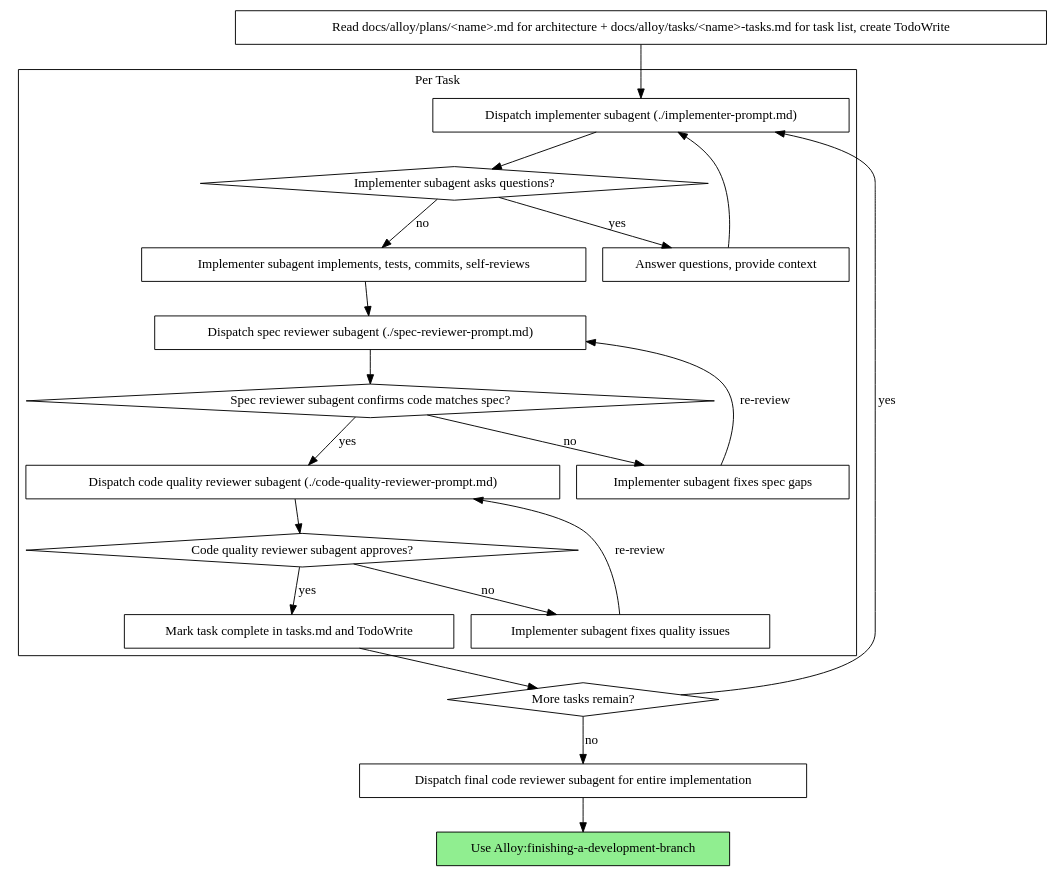
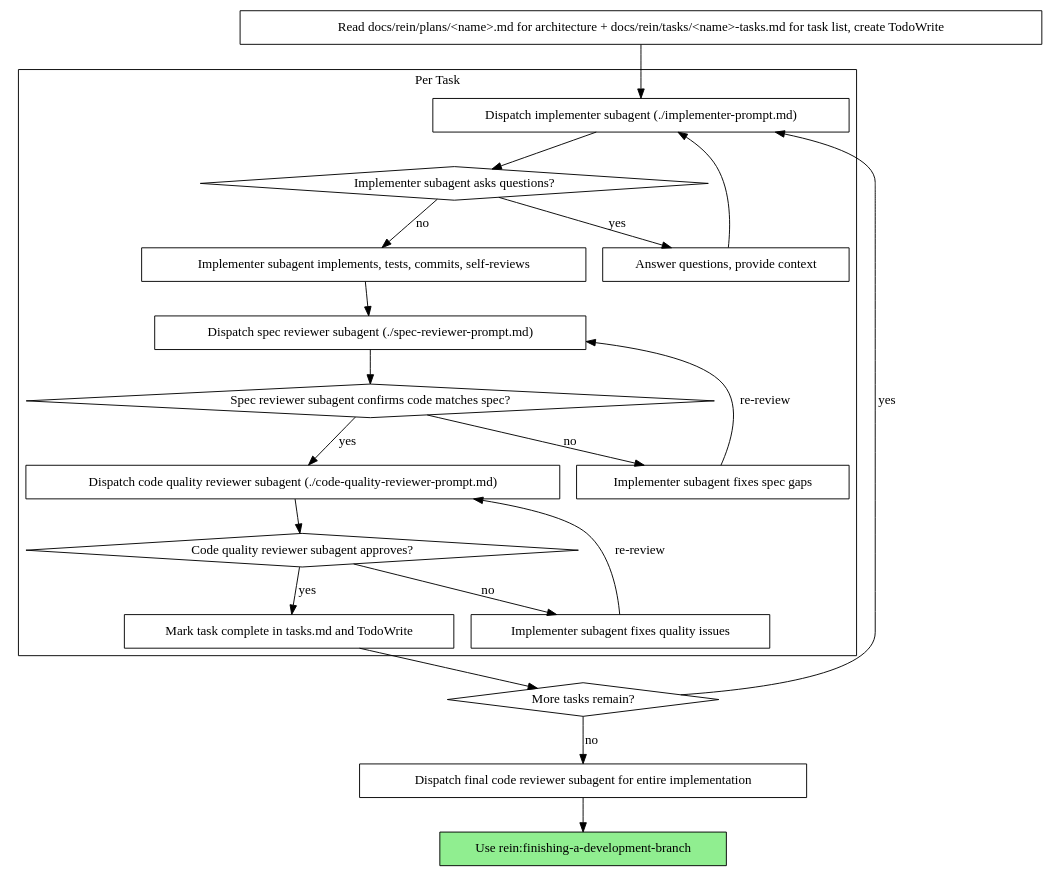
One commit to zhoupihua/rein changed the second of 2 diagrams in skills/subagent-driven-development/SKILL.md. Above: the diagram before and after it, drawn with Graphviz. The commit also changed other lines of this file and 25 other files, not shown here.

First line of the commit message:
refactor: rename Alloy to rein

````diff
--- a/skills/subagent-driven-development/SKILL.md
+++ b/skills/subagent-driven-development/SKILL.md
@@ -42,44 +42,44 @@
 ```dot
 digraph process {
     rankdir=TB;
 
     subgraph cluster_per_task {
         label="Per Task";
         "Dispatch implementer subagent (./implementer-prompt.md)" [shape=box];
         "Implementer subagent asks questions?" [shape=diamond];
         "Answer questions, provide context" [shape=box];
         "Implementer subagent implements, tests, commits, self-reviews" [shape=box];
         "Dispatch spec reviewer subagent (./spec-reviewer-prompt.md)" [shape=box];
         "Spec reviewer subagent confirms code matches spec?" [shape=diamond];
         "Implementer subagent fixes spec gaps" [shape=box];
         "Dispatch code quality reviewer subagent (./code-quality-reviewer-prompt.md)" [shape=box];
         "Code quality reviewer subagent approves?" [shape=diamond];
         "Implementer subagent fixes quality issues" [shape=box];
         "Mark task complete in tasks.md and TodoWrite" [shape=box];
     }
 
-    "Read docs/alloy/plans/<name>.md for architecture + docs/alloy/tasks/<name>-tasks.md for task list, create TodoWrite" [shape=box];
+    "Read docs/rein/plans/<name>.md for architecture + docs/rein/tasks/<name>-tasks.md for task list, create TodoWrite" [shape=box];
     "More tasks remain?" [shape=diamond];
     "Dispatch final code reviewer subagent for entire implementation" [shape=box];
-    "Use Alloy:finishing-a-development-branch" [shape=box style=filled fillcolor=lightgreen];
+    "Use rein:finishing-a-development-branch" [shape=box style=filled fillcolor=lightgreen];
 
-    "Read docs/alloy/plans/<name>.md for architecture + docs/alloy/tasks/<name>-tasks.md for task list, create TodoWrite" -> "Dispatch implementer subagent (./implementer-prompt.md)";
+    "Read docs/rein/plans/<name>.md for architecture + docs/rein/tasks/<name>-tasks.md for task list, create TodoWrite" -> "Dispatch implementer subagent (./implementer-prompt.md)";
     "Dispatch implementer subagent (./implementer-prompt.md)" -> "Implementer subagent asks questions?";
     "Implementer subagent asks questions?" -> "Answer questions, provide context" [label="yes"];
     "Answer questions, provide context" -> "Dispatch implementer subagent (./implementer-prompt.md)";
     "Implementer subagent asks questions?" -> "Implementer subagent implements, tests, commits, self-reviews" [label="no"];
     "Implementer subagent implements, tests, commits, self-reviews" -> "Dispatch spec reviewer subagent (./spec-reviewer-prompt.md)";
     "Dispatch spec reviewer subagent (./spec-reviewer-prompt.md)" -> "Spec reviewer subagent confirms code matches spec?";
     "Spec reviewer subagent confirms code matches spec?" -> "Implementer subagent fixes spec gaps" [label="no"];
     "Implementer subagent fixes spec gaps" -> "Dispatch spec reviewer subagent (./spec-reviewer-prompt.md)" [label="re-review"];
     "Spec reviewer subagent confirms code matches spec?" -> "Dispatch code quality reviewer subagent (./code-quality-reviewer-prompt.md)" [label="yes"];
     "Dispatch code quality reviewer subagent (./code-quality-reviewer-prompt.md)" -> "Code quality reviewer subagent approves?";
     "Code quality reviewer subagent approves?" -> "Implementer subagent fixes quality issues" [label="no"];
     "Implementer subagent fixes quality issues" -> "Dispatch code quality reviewer subagent (./code-quality-reviewer-prompt.md)" [label="re-review"];
     "Code quality reviewer subagent approves?" -> "Mark task complete in tasks.md and TodoWrite" [label="yes"];
     "Mark task complete in tasks.md and TodoWrite" -> "More tasks remain?";
     "More tasks remain?" -> "Dispatch implementer subagent (./implementer-prompt.md)" [label="yes"];
     "More tasks remain?" -> "Dispatch final code reviewer subagent for entire implementation" [label="no"];
-    "Dispatch final code reviewer subagent for entire implementation" -> "Use Alloy:finishing-a-development-branch";
+    "Dispatch final code reviewer subagent for entire implementation" -> "Use rein:finishing-a-development-branch";
 }
 ```
````
